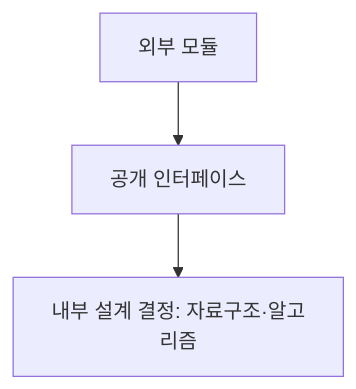
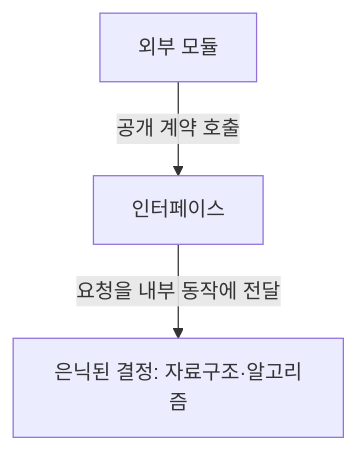
Before and after one commit to agnusdei1207/study: the first of 2 diagrams in src/content/docs/notes/itpe/02-software-engineering/024_information_hiding.md, drawn with Mermaid. The commit also changed other lines of this file and 31 other files, not shown here.

````diff
--- a/src/content/docs/notes/itpe/02-software-engineering/024_information_hiding.md
+++ b/src/content/docs/notes/itpe/02-software-engineering/024_information_hiding.md
@@ -53,5 +55,5 @@
 ```mermaid
 flowchart TD
-    C["외부 모듈"] --> I["공개 인터페이스"]
-    I --> S["내부 설계 결정: 자료구조·알고리즘"]
+    C["외부 모듈"] -->|"공개 계약 호출"| I["인터페이스"]
+    I -->|"요청을 내부 동작에 전달"| S["은닉된 결정: 자료구조·알고리즘"]
 ```
````
